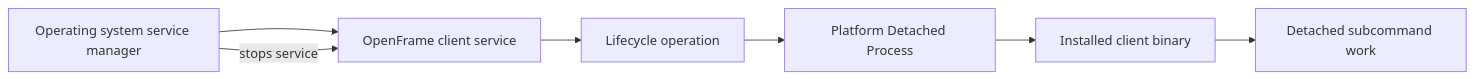
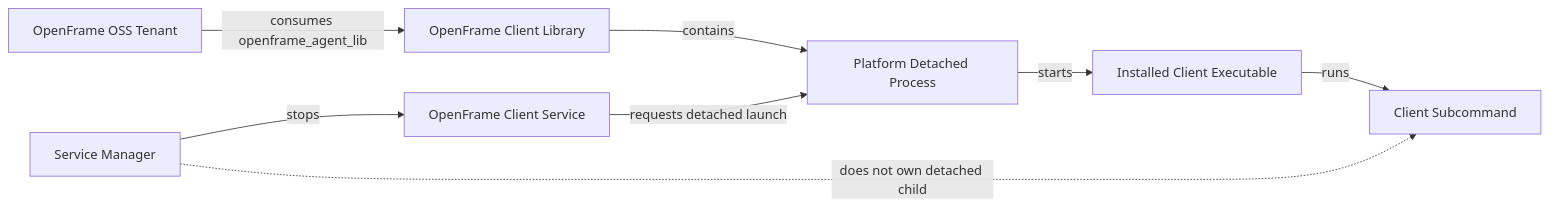
One commit to flamingo-stack/openframe-oss-tenant changed the first of 3 diagrams in docs/reference/architecture/openframe-client-core/platform-detached-process/platform-detached-process.md. Above: the diagram before and after it, drawn with Mermaid. The commit also changed other lines of this file and 2377 other files, not shown here.

````diff
--- a/docs/reference/architecture/openframe-client-core/platform-detached-process/platform-detached-process.md
+++ b/docs/reference/architecture/openframe-client-core/platform-detached-process/platform-detached-process.md
@@ -22,9 +26,10 @@
 ```mermaid
 flowchart LR
-    ServiceManager["Operating system service manager"] --> ClientService["OpenFrame client service"]
-    ClientService --> Caller["Lifecycle operation"]
-    Caller --> DetachedProcess["Platform Detached Process"]
-    DetachedProcess --> ClientBinary["Installed client binary"]
-    ServiceManager -->|"stops service"| ClientService
-    ClientBinary --> DetachedWork["Detached subcommand work"]
+    TenantRepo["OpenFrame OSS Tenant"] -->|"consumes openframe_agent_lib"| ClientLibrary["OpenFrame Client Library"]
+    ClientLibrary -->|"contains"| DetachedProcess["Platform Detached Process"]
+    ClientService["OpenFrame Client Service"] -->|"requests detached launch"| DetachedProcess
+    DetachedProcess -->|"starts"| ClientExecutable["Installed Client Executable"]
+    ClientExecutable -->|"runs"| Subcommand["Client Subcommand"]
+    ServiceManager["Service Manager"] -->|"stops"| ClientService
+    ServiceManager -. "does not own detached child" .-> Subcommand
 ```
````
